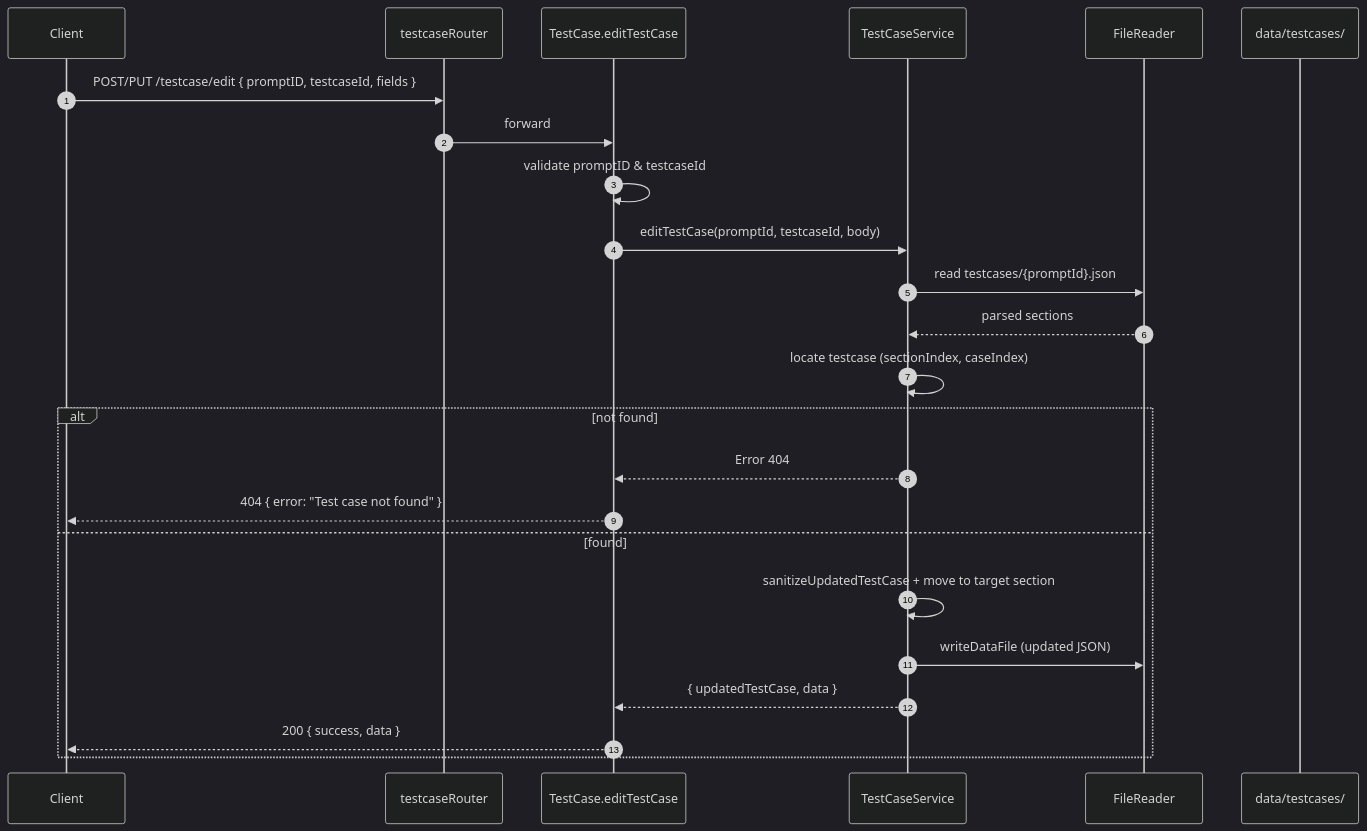
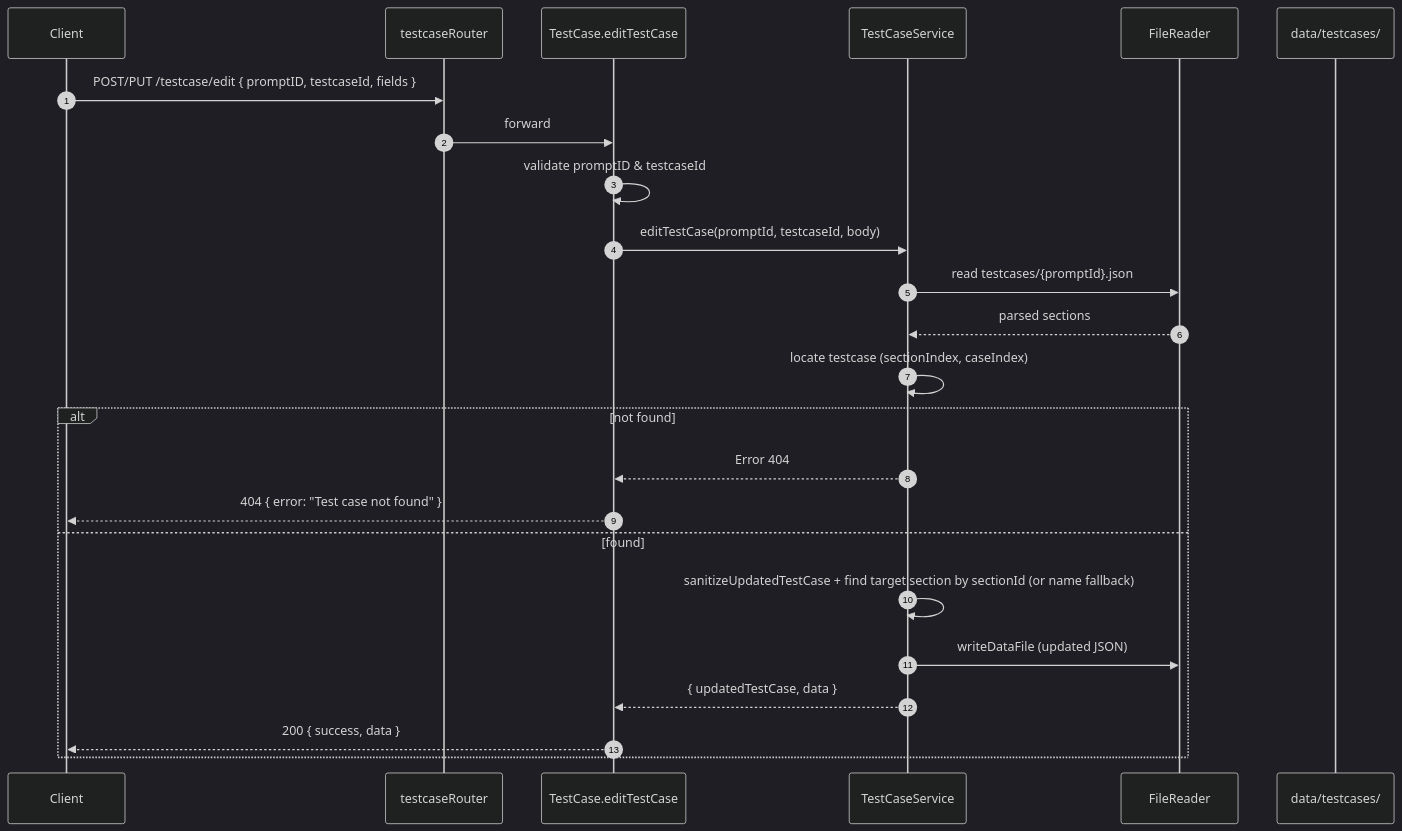
Before and after one commit to iamcasperwein/testcase-analysis-and-generator: the fourth of 15 diagrams in README.md, drawn with Mermaid (dark theme). The commit also changed other lines of this file and 8 other files, not shown here.

````diff
--- a/README.md
+++ b/README.md
@@ -285,27 +512,27 @@
 ```mermaid
 sequenceDiagram
     autonumber
     participant Client
     participant Router as testcaseRouter
     participant Ctrl as TestCase.editTestCase
     participant Svc as TestCaseService
     participant FR as FileReader
     participant FS as data/testcases/
 
     Client->>Router: POST/PUT /testcase/edit { promptID, testcaseId, fields }
     Router->>Ctrl: forward
     Ctrl->>Ctrl: validate promptID & testcaseId
     Ctrl->>Svc: editTestCase(promptId, testcaseId, body)
     Svc->>FR: read testcases/{promptId}.json
     FR-->>Svc: parsed sections
     Svc->>Svc: locate testcase (sectionIndex, caseIndex)
     alt not found
         Svc-->>Ctrl: Error 404
         Ctrl-->>Client: 404 { error: "Test case not found" }
     else found
-        Svc->>Svc: sanitizeUpdatedTestCase + move to target section
+        Svc->>Svc: sanitizeUpdatedTestCase + find target section by sectionId (or name fallback)
         Svc->>FR: writeDataFile (updated JSON)
         Svc-->>Ctrl: { updatedTestCase, data }
         Ctrl-->>Client: 200 { success, data }
     end
 ```
````
